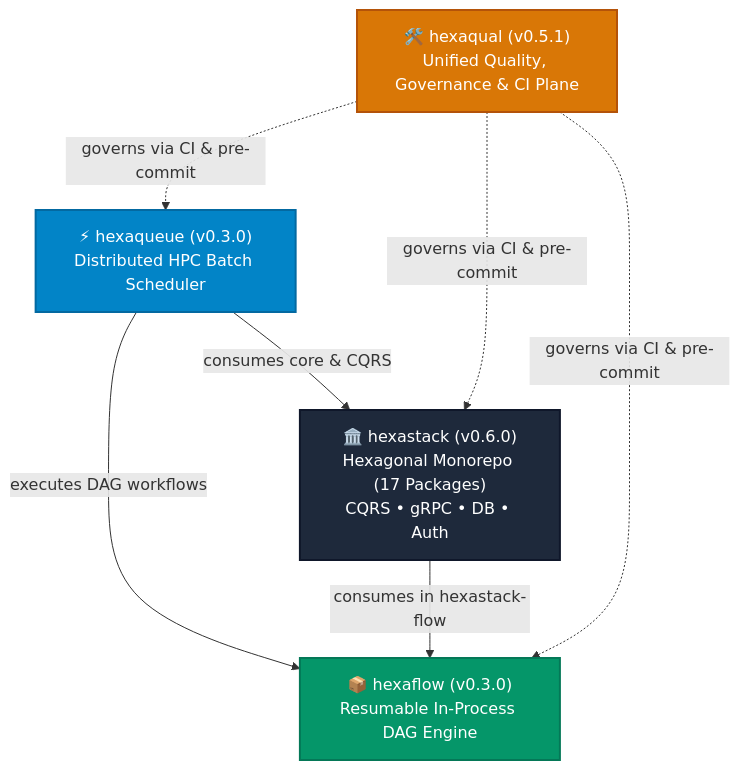
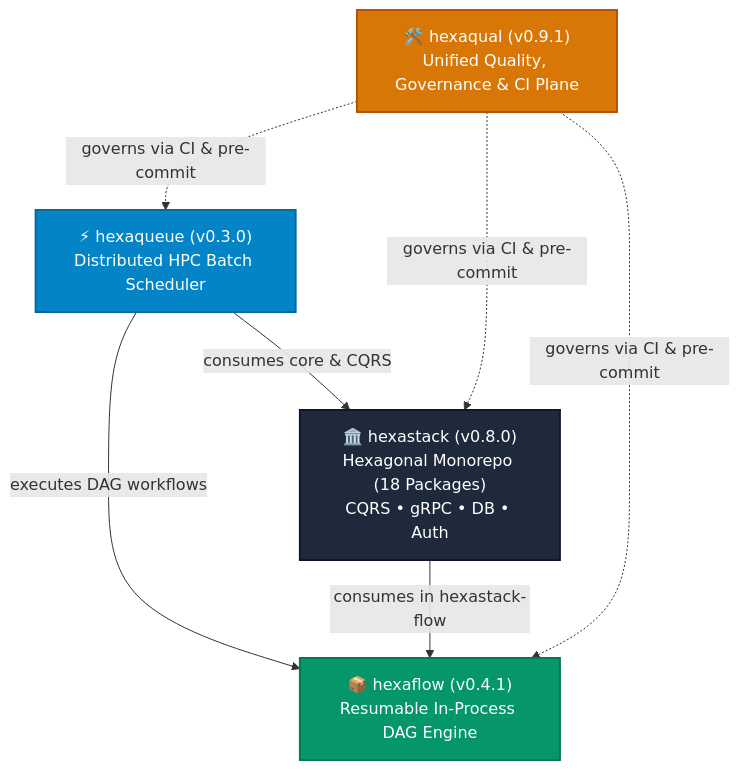
One commit to TheTrueSCU/hexaqueue changed the first of 2 diagrams in docs/ecosystem.md. Above: the diagram before and after it, drawn with Mermaid. The commit also changed 12 other files, not shown here.

````diff
--- a/docs/ecosystem.md
+++ b/docs/ecosystem.md
@@ -9,19 +9,19 @@
 ```mermaid
 graph TD
     classDef hq fill:#0284c7,stroke:#0369a1,stroke-width:2px,color:#ffffff;
     classDef hs fill:#1e293b,stroke:#0f172a,stroke-width:2px,color:#ffffff;
     classDef hf fill:#059669,stroke:#047857,stroke-width:2px,color:#ffffff;
     classDef hqual fill:#d97706,stroke:#b45309,stroke-width:2px,color:#ffffff;
 
     HQ["⚡ hexaqueue (v0.3.0)<br/>Distributed HPC Batch Scheduler"]:::hq
-    HS["🏛️ hexastack (v0.6.0)<br/>Hexagonal Monorepo (17 Packages)<br/>CQRS • gRPC • DB • Auth"]:::hs
-    HF["📦 hexaflow (v0.3.0)<br/>Resumable In-Process DAG Engine"]:::hf
-    HQUAL["🛠️ hexaqual (v0.5.1)<br/>Unified Quality, Governance & CI Plane"]:::hqual
+    HS["🏛️ hexastack (v0.8.0)<br/>Hexagonal Monorepo (18 Packages)<br/>CQRS • gRPC • DB • Auth"]:::hs
+    HF["📦 hexaflow (v0.4.1)<br/>Resumable In-Process DAG Engine"]:::hf
+    HQUAL["🛠️ hexaqual (v0.9.1)<br/>Unified Quality, Governance & CI Plane"]:::hqual
 
     HQ -->|"consumes core & CQRS"| HS
     HQ -->|"executes DAG workflows"| HF
     HS -->|"consumes in hexastack-flow"| HF
     HQUAL -. "governs via CI & pre-commit" .-> HQ
     HQUAL -. "governs via CI & pre-commit" .-> HS
     HQUAL -. "governs via CI & pre-commit" .-> HF
 ```
````
